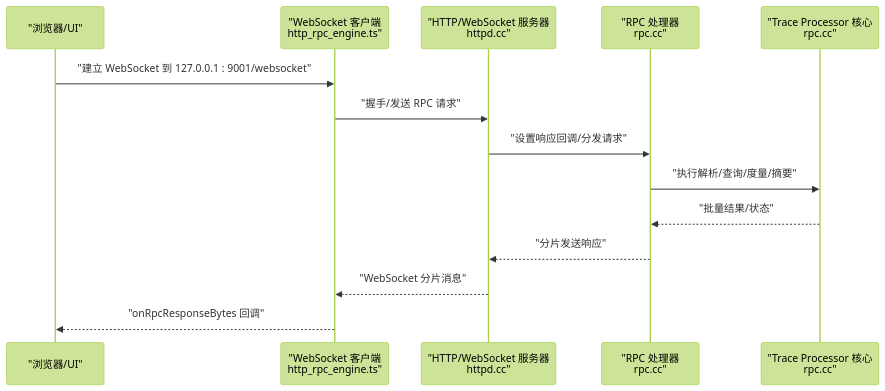
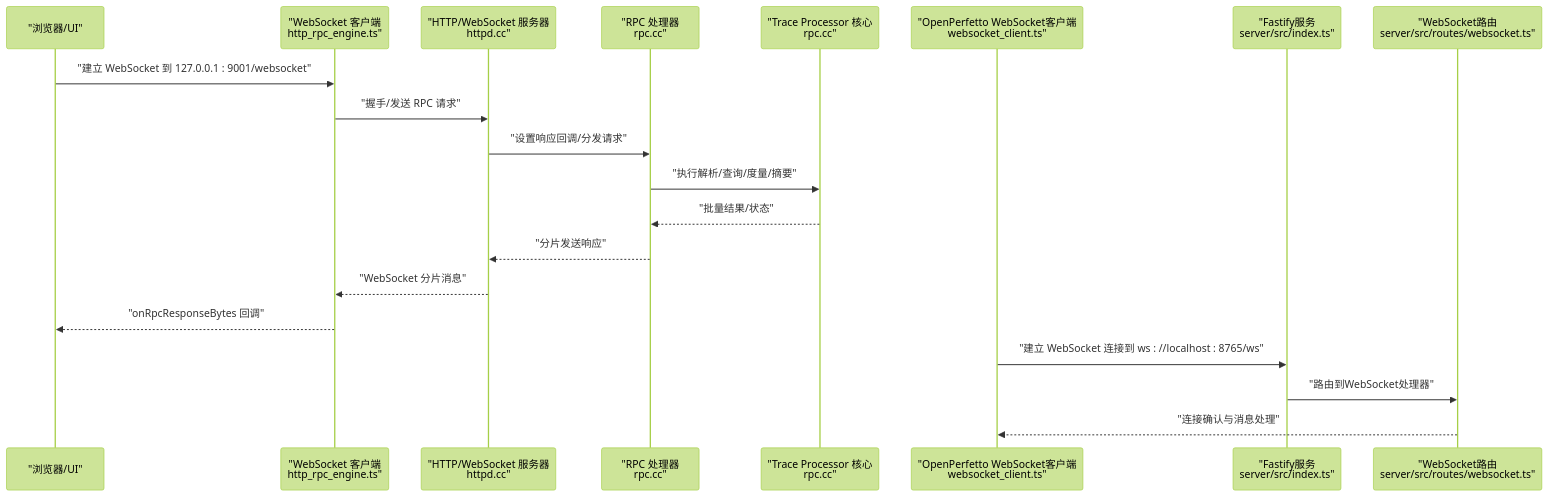
The second of 13 diagrams in .qoder/repowiki/zh/content/Web界面和可视化/后端通信和数据流.md (TracerQi/openperfetto), drawn with Mermaid (forest theme) before and after one commit. The commit also changed other lines of this file and 706 other files, not shown here.

Commit message:
[OpenPerfetto][03]{Front-end and back-end implementations,Unit Testing}

````diff
--- a/.qoder/repowiki/zh/content/Web界面和可视化/后端通信和数据流.md
+++ b/.qoder/repowiki/zh/content/Web界面和可视化/后端通信和数据流.md
@@ -100,16 +138,22 @@
 ```mermaid
 sequenceDiagram
 participant Browser as "浏览器/UI"
 participant WSFE as "WebSocket 客户端<br/>http_rpc_engine.ts"
 participant HTTPD as "HTTP/WebSocket 服务器<br/>httpd.cc"
 participant RPC as "RPC 处理器<br/>rpc.cc"
 participant TP as "Trace Processor 核心<br/>rpc.cc"
+participant OP_WS as "OpenPerfetto WebSocket客户端<br/>websocket_client.ts"
+participant FASTIFY as "Fastify服务<br/>server/src/index.ts"
+participant WS_ROUTE as "WebSocket路由<br/>server/src/routes/websocket.ts"
 Browser->>WSFE : "建立 WebSocket 到 127.0.0.1 : 9001/websocket"
 WSFE->>HTTPD : "握手/发送 RPC 请求"
 HTTPD->>RPC : "设置响应回调/分发请求"
 RPC->>TP : "执行解析/查询/度量/摘要"
 TP-->>RPC : "批量结果/状态"
 RPC-->>HTTPD : "分片发送响应"
 HTTPD-->>WSFE : "WebSocket 分片消息"
 WSFE-->>Browser : "onRpcResponseBytes 回调"
+OP_WS->>FASTIFY : "建立 WebSocket 连接到 ws : //localhost : 8765/ws"
+FASTIFY->>WS_ROUTE : "路由到WebSocket处理器"
+WS_ROUTE-->>OP_WS : "连接确认与消息处理"
 ```
````
